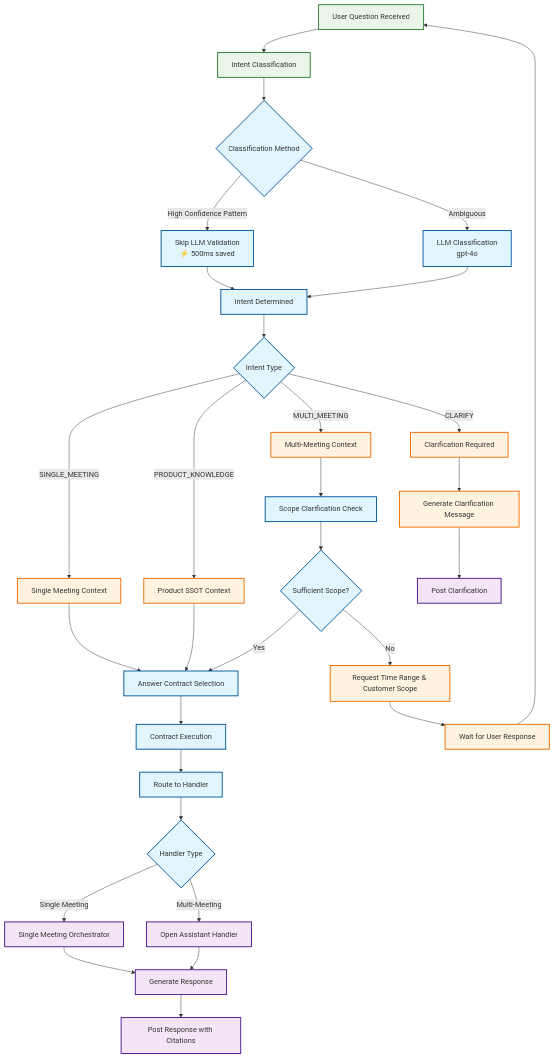
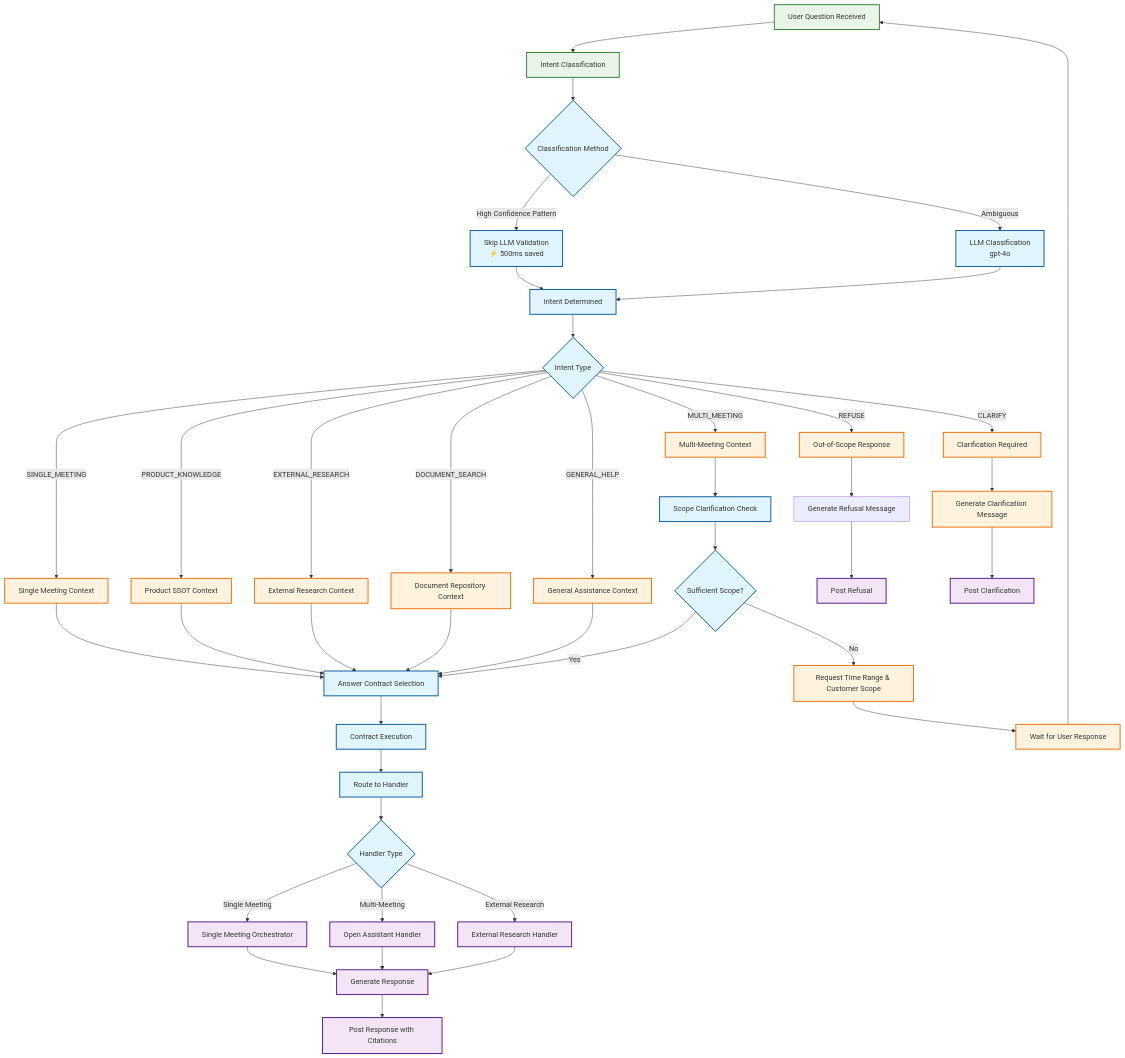
Before and after one commit to Ops-Team-Leverege/Mustard: the sixth of 8 diagrams in docs/VISUAL_SYSTEM_DIAGRAMS.md, drawn with Mermaid. The commit also changed 2 other files, not shown here.

Commit message:
Complete documentation update with all intents and contracts
- Add missing EXTERNAL_RESEARCH, GENERAL_HELP, REFUSE intents
- Include complete AnswerContract enum with all contract types:
  * Single Meeting: MEETING_SUMMARY, NEXT_STEPS, ATTENDEES, etc.
  * Multi-Meeting: PATTERN_ANALYSIS, COMPARISON, TREND_SUMMARY, etc.
  * Descriptive: PRODUCT_EXPLANATION, VALUE_PROPOSITION, DRAFT_EMAIL, etc.
  * Authoritative: FEATURE_VERIFICATION, FAQ_ANSWER, PRODUCT_KNOWLEDGE
  * External Research: EXTERNAL_RESEARCH, SALES_DOCS_PREP
  * General & Terminal: DOCUMENT_ANSWER, GENERAL_RESPONSE, REFUSE, CLARIFY
- Update visual diagrams to show complete decision flow
- Add External Research capabilities to Slack bot documentation
- Ensure documentation matches actual codebase implementation

````diff
--- a/docs/VISUAL_SYSTEM_DIAGRAMS.md
+++ b/docs/VISUAL_SYSTEM_DIAGRAMS.md
@@ -270,50 +270,61 @@
 ```mermaid
 graph TD
     A[User Question Received] --> B[Intent Classification]
     B --> C{Classification Method}
     
     C -->|High Confidence Pattern| D[Skip LLM Validation<br/>⚡ 500ms saved]
     C -->|Ambiguous| E[LLM Classification<br/>gpt-4o]
     
     D --> F[Intent Determined]
     E --> F
     
     F --> G{Intent Type}
     G -->|SINGLE_MEETING| H[Single Meeting Context]
     G -->|MULTI_MEETING| I[Multi-Meeting Context]
     G -->|PRODUCT_KNOWLEDGE| J[Product SSOT Context]
-    G -->|CLARIFY| K[Clarification Required]
+    G -->|EXTERNAL_RESEARCH| K[External Research Context]
+    G -->|DOCUMENT_SEARCH| L[Document Repository Context]
+    G -->|GENERAL_HELP| M[General Assistance Context]
+    G -->|REFUSE| N[Out-of-Scope Response]
+    G -->|CLARIFY| O[Clarification Required]
     
-    H --> L[Answer Contract Selection]
-    I --> M[Scope Clarification Check]
-    J --> L
-    K --> N[Generate Clarification Message]
+    H --> P[Answer Contract Selection]
+    I --> Q[Scope Clarification Check]
+    J --> P
+    K --> P
+    L --> P
+    M --> P
+    N --> R[Generate Refusal Message]
+    O --> S[Generate Clarification Message]
     
-    M --> O{Sufficient Scope?}
-    O -->|Yes| L
-    O -->|No| P[Request Time Range & Customer Scope]
+    Q --> T{Sufficient Scope?}
+    T -->|Yes| P
+    T -->|No| U[Request Time Range & Customer Scope]
     
-    L --> Q[Contract Execution]
-    P --> R[Wait for User Response]
-    R --> A
+    P --> V[Contract Execution]
+    U --> W[Wait for User Response]
+    W --> A
     
-    Q --> S[Route to Handler]
-    S --> T{Handler Type}
-    T -->|Single Meeting| U[Single Meeting Orchestrator]
-    T -->|Multi-Meeting| V[Open Assistant Handler]
+    V --> X[Route to Handler]
+    X --> Y{Handler Type}
+    Y -->|Single Meeting| Z[Single Meeting Orchestrator]
+    Y -->|Multi-Meeting| AA[Open Assistant Handler]
+    Y -->|External Research| BB[External Research Handler]
     
-    U --> W[Generate Response]
-    V --> W
-    N --> X[Post Clarification]
-    W --> Y[Post Response with Citations]
+    Z --> CC[Generate Response]
+    AA --> CC
+    BB --> CC
+    R --> DD[Post Refusal]
+    S --> EE[Post Clarification]
+    CC --> FF[Post Response with Citations]
     
     classDef input fill:#e8f5e8,stroke:#2e7d32,stroke-width:2px
     classDef decision fill:#e1f5fe,stroke:#01579b,stroke-width:2px
     classDef context fill:#fff3e0,stroke:#ef6c00,stroke-width:2px
     classDef output fill:#f3e5f5,stroke:#4a148c,stroke-width:2px
     
     class A,B input
-    class C,D,E,F,G,L,M,O,Q,S,T decision
-    class H,I,J,K,N,P,R context
-    class U,V,W,X,Y output
+    class C,D,E,F,G,P,Q,T,V,X,Y decision
+    class H,I,J,K,L,M,N,O,S,U,W context
+    class Z,AA,BB,CC,DD,EE,FF output
 ```
````
